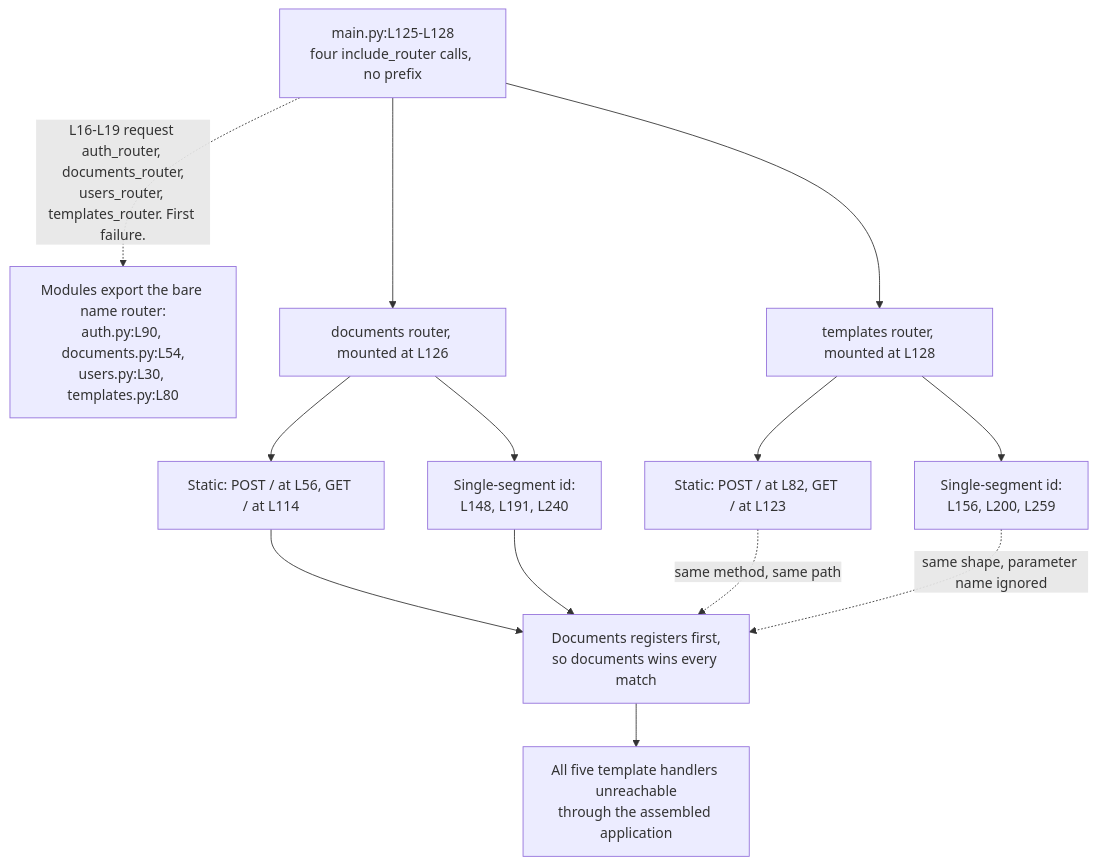
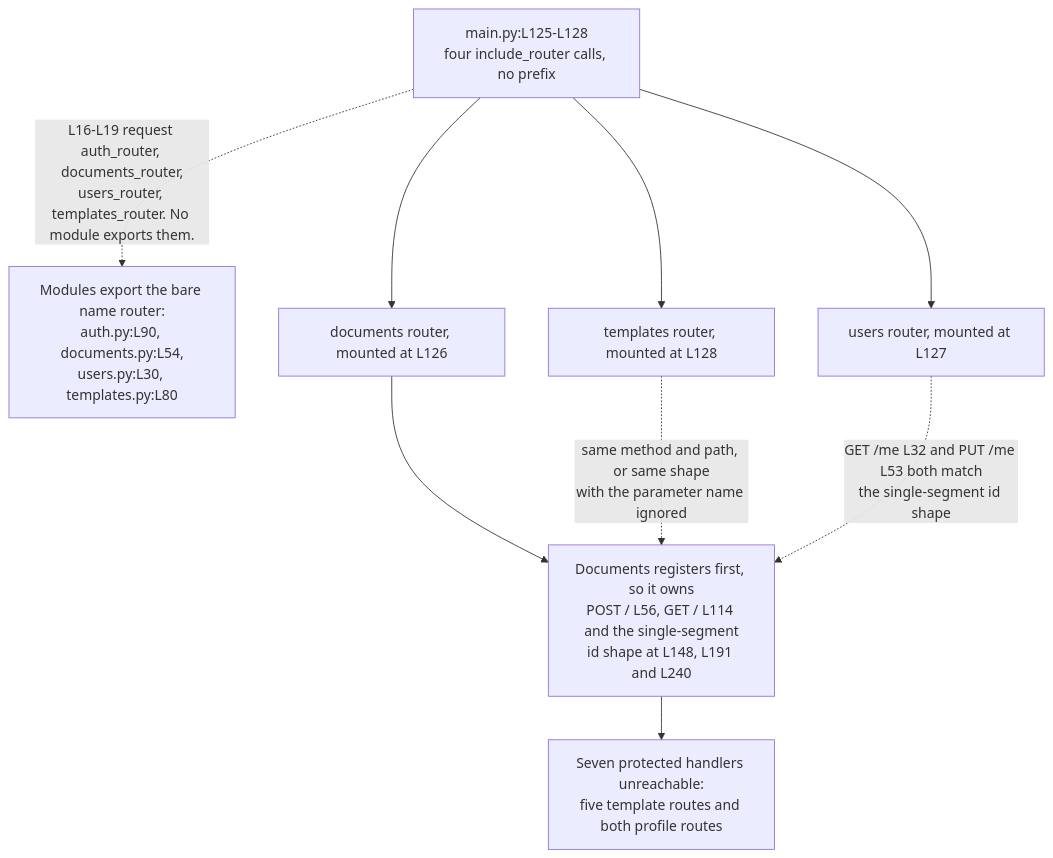
The second of 2 diagrams in backend/app/api/README.md (blitzy-public-samples/microsoft-word-u33ko0), drawn with Mermaid before and after one commit. The commit also changed other lines of this file and 53 other files, not shown here.

````diff
--- a/backend/app/api/README.md
+++ b/backend/app/api/README.md
@@ -195,22 +198,17 @@
 ```mermaid
 graph TD
     MAIN["main.py:L125-L128<br/>four include_router calls, no prefix"]
     NAMES["Modules export the bare name router:<br/>auth.py:L90, documents.py:L54,<br/>users.py:L30, templates.py:L80"]
 
-    MAIN -.->|"L16-L19 request auth_router, documents_router,<br/>users_router, templates_router. First failure."| NAMES
+    MAIN -.->|"L16-L19 request auth_router, documents_router,<br/>users_router, templates_router. No module exports them."| NAMES
 
     MAIN --> D["documents router, mounted at L126"]
+    MAIN --> U["users router, mounted at L127"]
     MAIN --> T["templates router, mounted at L128"]
 
-    D --> DS["Static: POST / at L56, GET / at L114"]
-    D --> DD["Single-segment id:<br/>L148, L191, L240"]
-    T --> TS["Static: POST / at L82, GET / at L123"]
-    T --> TD["Single-segment id:<br/>L156, L200, L259"]
+    D --> WIN["Documents registers first, so it owns<br/>POST / L56, GET / L114 and the single-segment<br/>id shape at L148, L191 and L240"]
+    T -.->|"same method and path, or same shape<br/>with the parameter name ignored"| WIN
+    U -.->|"GET /me L32 and PUT /me L53 both match<br/>the single-segment id shape"| WIN
 
-    DS --> WIN["Documents registers first,<br/>so documents wins every match"]
-    DD --> WIN
-    TS -.->|"same method, same path"| WIN
-    TD -.->|"same shape, parameter name ignored"| WIN
-
-    WIN --> OUT["All five template handlers unreachable<br/>through the assembled application"]
+    WIN --> OUT["Seven protected handlers unreachable:<br/>five template routes and both profile routes"]
 ```
````
